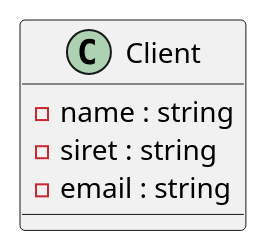
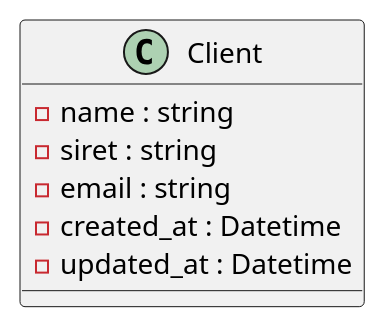
The diagram in diagrams-uml/Class/Client.puml (laurasullyalexandrine/BileMo), drawn with PlantUML before and after one commit. The commit also changed 2 other files, not shown here.

```diff
--- a/diagrams-uml/Class/Client.puml
+++ b/diagrams-uml/Class/Client.puml
@@ -1,11 +1,13 @@
 @startuml Client
 
 Class Client {
-    
+
     - name : string
     - siret : string
     - email : string
+    - created_at : Datetime
+    - updated_at : Datetime
 
 }
 
 @enduml
```
